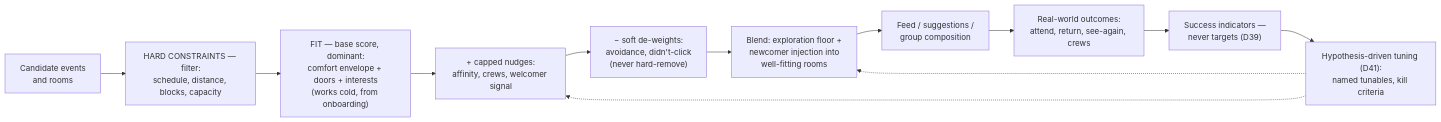
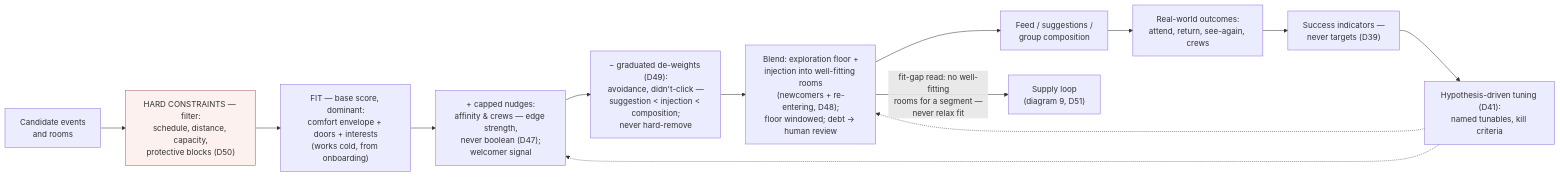
One commit to majodali/in-real-life changed the eighth of 11 diagrams in docs/flows.md. Above: the diagram before and after it, drawn with Mermaid. The commit also changed other lines of this file and 6 other files, not shown here.

````diff
--- a/docs/flows.md
+++ b/docs/flows.md
@@ -214,14 +214,17 @@
 ```mermaid
 flowchart LR
-    CAND["Candidate events<br/>and rooms"] --> HC["HARD CONSTRAINTS — filter:<br/>schedule, distance, blocks, capacity"]
+    classDef req fill:#fdf1f0,stroke:#b05959
+
+    CAND["Candidate events<br/>and rooms"] --> HC["HARD CONSTRAINTS — filter:<br/>schedule, distance, capacity,<br/>protective blocks (D50)"]:::req
     HC --> FIT["FIT — base score, dominant:<br/>comfort envelope + doors + interests<br/>(works cold, from onboarding)"]
-    FIT --> NUD["+ capped nudges:<br/>affinity, crews, welcomer signal"]
-    NUD --> DW["− soft de-weights:<br/>avoidance, didn't-click<br/>(never hard-remove)"]
-    DW --> EXP["Blend: exploration floor +<br/>newcomer injection into<br/>well-fitting rooms"]
+    FIT --> NUD["+ capped nudges:<br/>affinity & crews — edge strength,<br/>never boolean (D47);<br/>welcomer signal"]
+    NUD --> DW["− graduated de-weights (D49):<br/>avoidance, didn't-click —<br/>suggestion &lt; injection &lt; composition;<br/>never hard-remove"]
+    DW --> EXP["Blend: exploration floor +<br/>injection into well-fitting rooms<br/>(newcomers + re-entering, D48);<br/>floor windowed; debt → human review"]
     EXP --> OUT["Feed / suggestions /<br/>group composition"]
     OUT --> RES["Real-world outcomes:<br/>attend, return, see-again, crews"]
     RES --> IND["Success indicators —<br/>never targets (D39)"]
     IND --> TUNE["Hypothesis-driven tuning (D41):<br/>named tunables, kill criteria"]
     TUNE -.-> NUD
     TUNE -.-> EXP
+    EXP -- "fit-gap read: no well-fitting<br/>rooms for a segment —<br/>never relax fit" --> SUP["Supply loop<br/>(diagram 9, D51)"]
 ```
````
